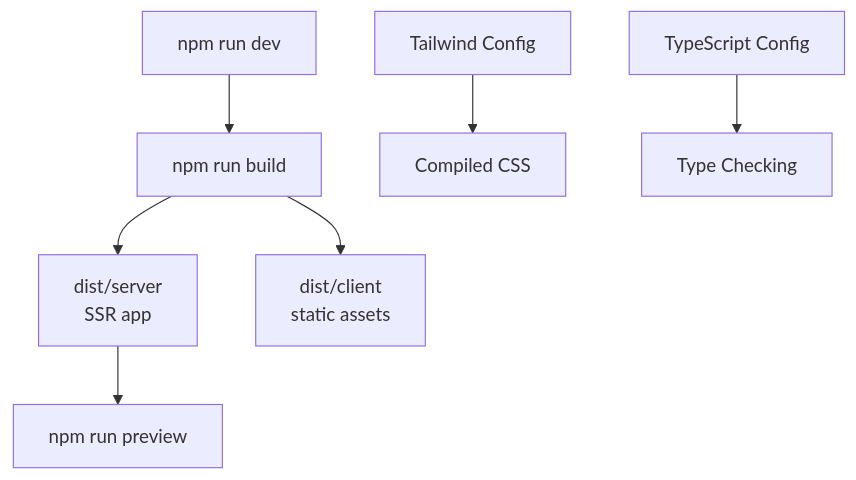
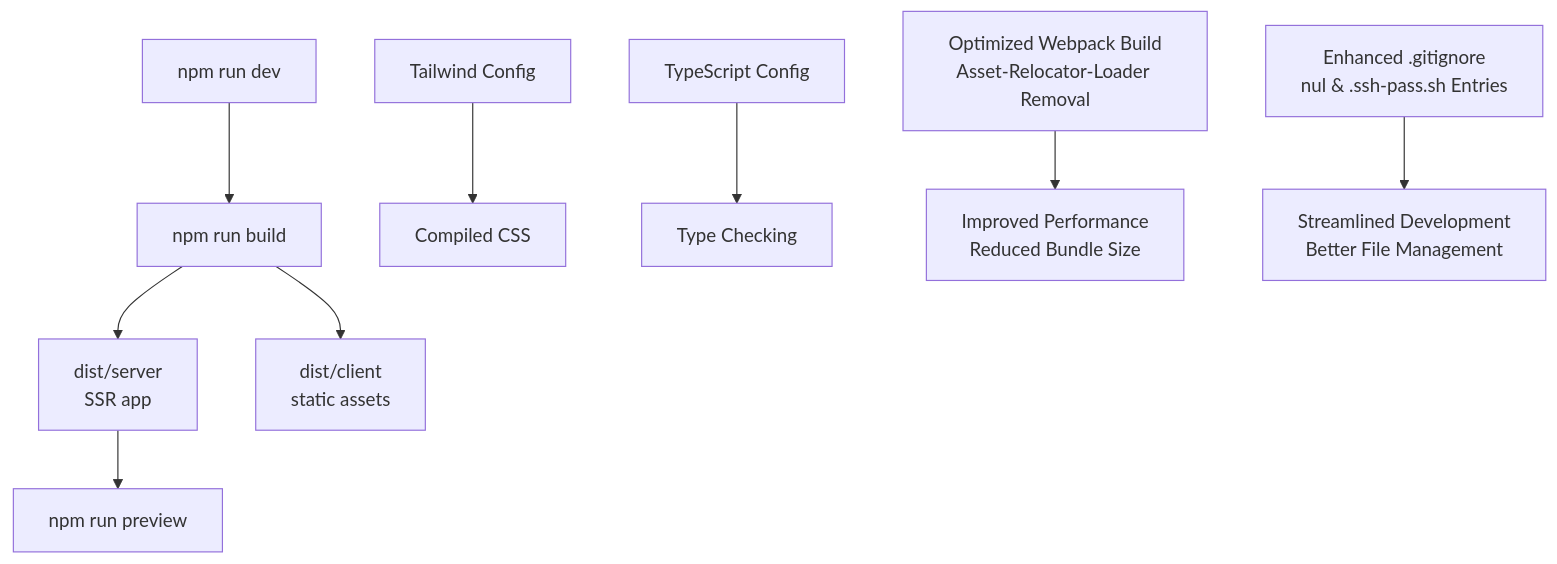
One commit to WizardJIOCb/rodion.pro changed diagram 11 of 17 in .qoder/repowiki/en/content/Build and Deployment.md. Above: the diagram before and after it, drawn with Mermaid. The commit also changed other lines of this file and 32 other files, not shown here.

````diff
--- a/.qoder/repowiki/en/content/Build and Deployment.md
+++ b/.qoder/repowiki/en/content/Build and Deployment.md
@@ -701,9 +724,11 @@
 ```mermaid
 flowchart TD
 DevStart["npm run dev"] --> Build["npm run build"]
 Build --> DistServer["dist/server<br/>SSR app"]
 Build --> DistClient["dist/client<br/>static assets"]
 DistServer --> Preview["npm run preview"]
 Tailwind["Tailwind Config"] --> CSS["Compiled CSS"]
 Types["TypeScript Config"] --> TypeCheck["Type Checking"]
+Webpack["Optimized Webpack Build<br/>Asset-Relocator-Loader Removal"] --> Perf["Improved Performance<br/>Reduced Bundle Size"]
+GitIgnore["Enhanced .gitignore<br/>nul & .ssh-pass.sh Entries"] --> Workflow["Streamlined Development<br/>Better File Management"]
 ```
````
